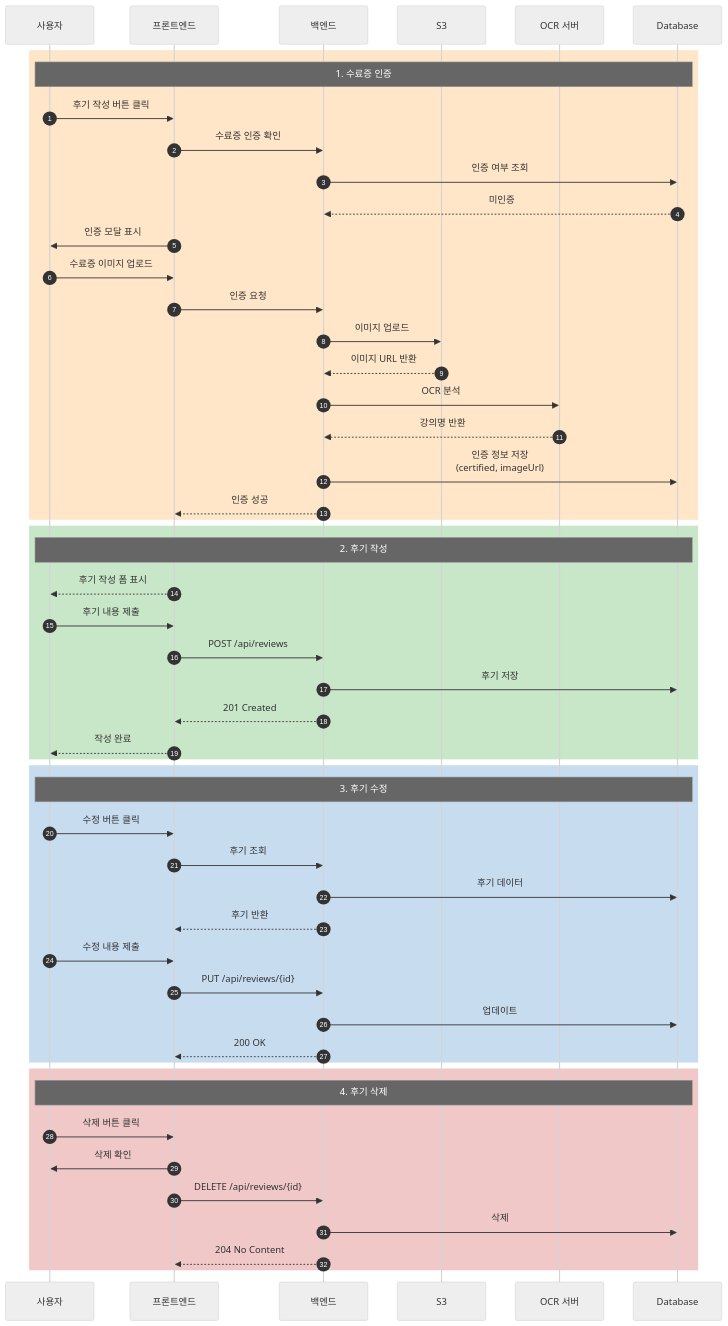
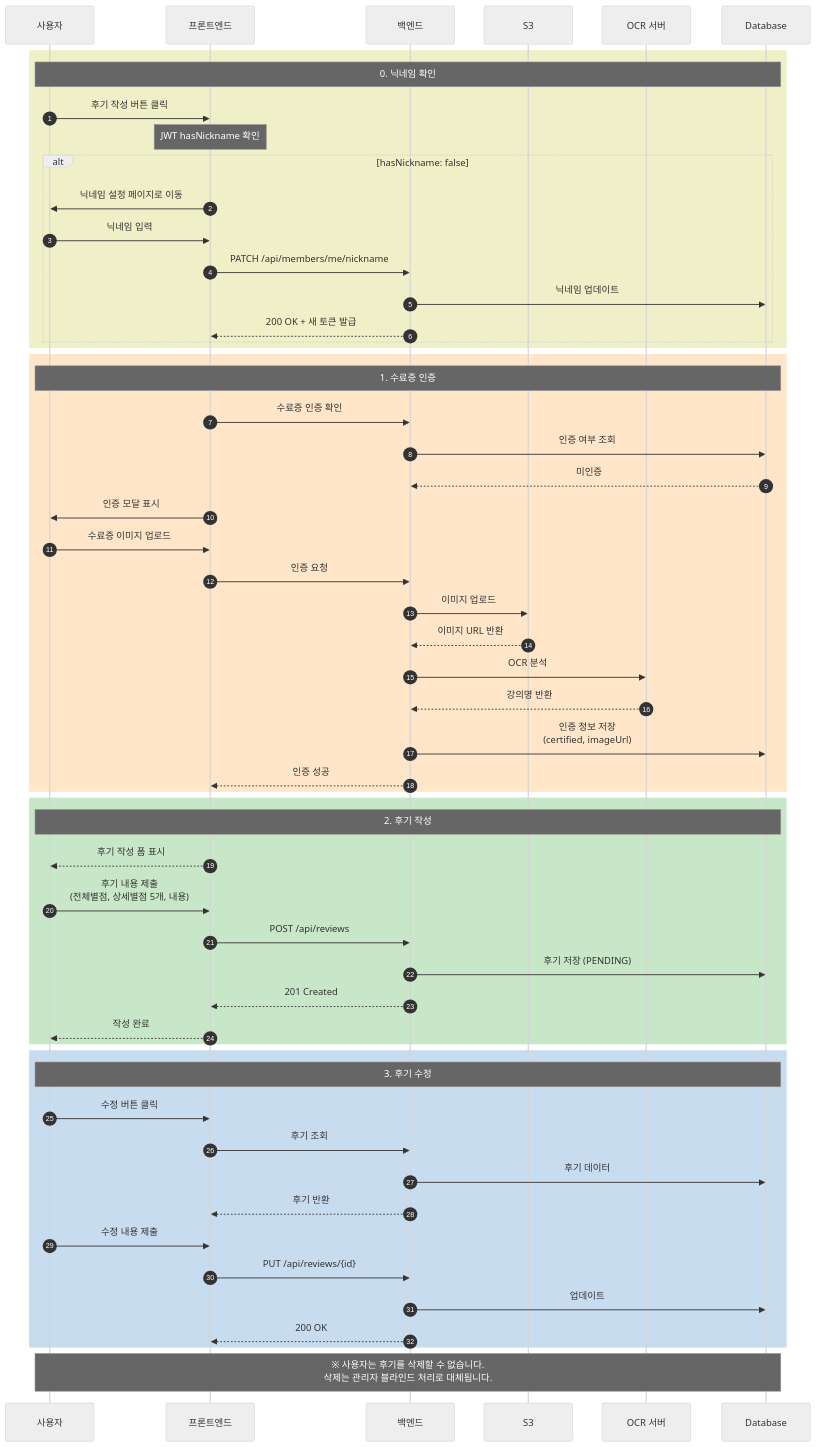
One commit to sw-campus/sw-campus-docs changed the fifth of 5 diagrams in sequence/review/review_diagram.md. Above: the diagram before and after it, drawn with Mermaid (neutral theme). The commit also changed other lines of this file and 3 other files, not shown here.

Commit message:
docs: review sequence

````diff
--- a/sequence/review/review_diagram.md
+++ b/sequence/review/review_diagram.md
@@ -138,58 +156,63 @@
 ```mermaid
 sequenceDiagram
     autonumber
     participant User as 사용자
     participant Frontend as 프론트엔드
     participant Backend as 백엔드
     participant S3 as S3
     participant OCR as OCR 서버
     participant DB as Database
 
+    rect rgb(240, 240, 200)
+        Note over User, DB: 0. 닉네임 확인
+        User->>Frontend: 후기 작성 버튼 클릭
+        Note over Frontend: JWT hasNickname 확인
+        alt hasNickname: false
+            Frontend->>User: 닉네임 설정 페이지로 이동
+            User->>Frontend: 닉네임 입력
+            Frontend->>Backend: PATCH /api/members/me/nickname
+            Backend->>DB: 닉네임 업데이트
+            Backend-->>Frontend: 200 OK + 새 토큰 발급
+        end
+    end
+
     rect rgb(255, 230, 200)
         Note over User, DB: 1. 수료증 인증
-        User->>Frontend: 후기 작성 버튼 클릭
         Frontend->>Backend: 수료증 인증 확인
         Backend->>DB: 인증 여부 조회
         DB-->>Backend: 미인증
         Frontend->>User: 인증 모달 표시
         User->>Frontend: 수료증 이미지 업로드
         Frontend->>Backend: 인증 요청
         Backend->>S3: 이미지 업로드
         S3-->>Backend: 이미지 URL 반환
         Backend->>OCR: OCR 분석
         OCR-->>Backend: 강의명 반환
         Backend->>DB: 인증 정보 저장<br/>(certified, imageUrl)
         Backend-->>Frontend: 인증 성공
     end
 
     rect rgb(200, 230, 200)
         Note over User, DB: 2. 후기 작성
         Frontend-->>User: 후기 작성 폼 표시
-        User->>Frontend: 후기 내용 제출
+        User->>Frontend: 후기 내용 제출<br/>(전체별점, 상세별점 5개, 내용)
         Frontend->>Backend: POST /api/reviews
-        Backend->>DB: 후기 저장
+        Backend->>DB: 후기 저장 (PENDING)
         Backend-->>Frontend: 201 Created
         Frontend-->>User: 작성 완료
     end
 
     rect rgb(200, 220, 240)
         Note over User, DB: 3. 후기 수정
         User->>Frontend: 수정 버튼 클릭
         Frontend->>Backend: 후기 조회
         Backend->>DB: 후기 데이터
         Backend-->>Frontend: 후기 반환
         User->>Frontend: 수정 내용 제출
         Frontend->>Backend: PUT /api/reviews/{id}
         Backend->>DB: 업데이트
         Backend-->>Frontend: 200 OK
     end
 
-    rect rgb(240, 200, 200)
-        Note over User, DB: 4. 후기 삭제
-        User->>Frontend: 삭제 버튼 클릭
-        Frontend->>User: 삭제 확인
-        Frontend->>Backend: DELETE /api/reviews/{id}
-        Backend->>DB: 삭제
-        Backend-->>Frontend: 204 No Content
-    end
+    Note over User, DB: ※ 사용자는 후기를 삭제할 수 없습니다.<br/>삭제는 관리자 블라인드 처리로 대체됩니다.
 ```
````
